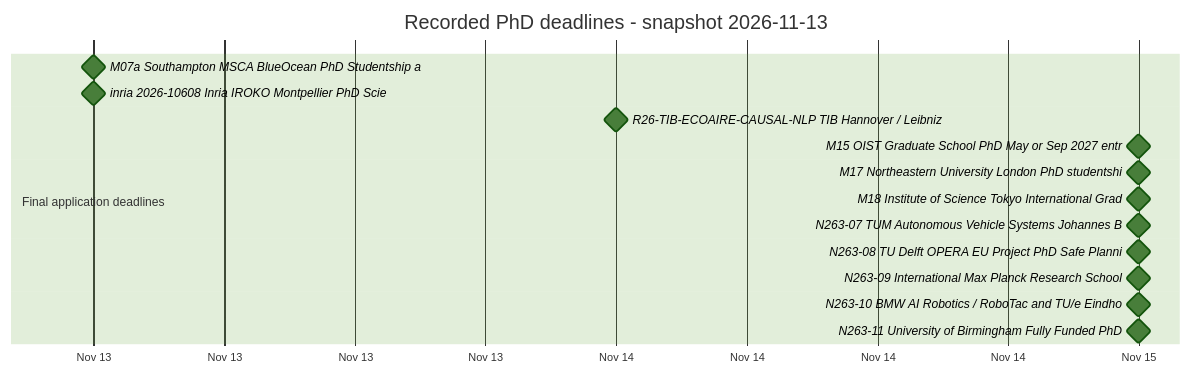
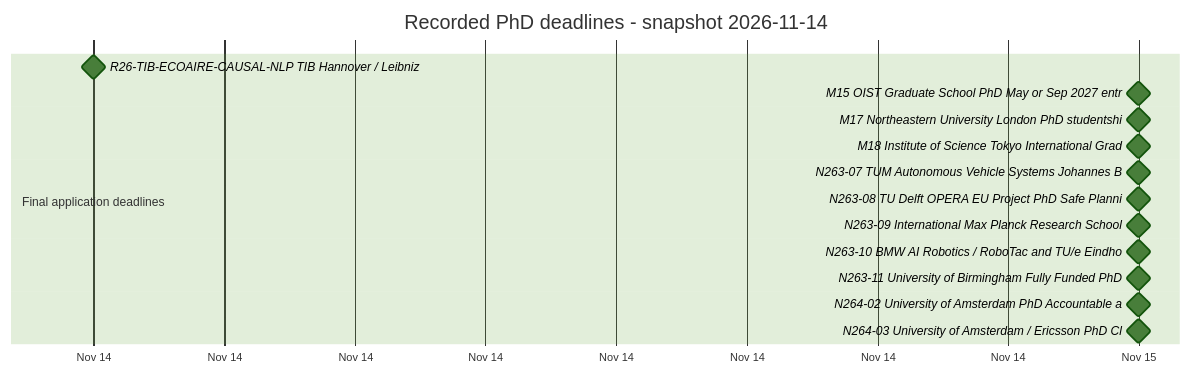
The diagram in docs/diagrams/deadlines.mmd (Armanasq/phd_tracker), drawn with Mermaid (forest theme) before and after one commit. The commit also changed 39 other files, not shown here.

Commit message:
Reconcile funded PhD research from independent verified sources

```diff
--- a/docs/diagrams/deadlines.mmd
+++ b/docs/diagrams/deadlines.mmd
@@ -1,16 +1,16 @@
 gantt
-    title Recorded PhD deadlines - snapshot 2026-11-13
+    title Recorded PhD deadlines - snapshot 2026-11-14
     dateFormat YYYY-MM-DD
     axisFormat %b %d
     section Final application deadlines
-    M07a Southampton MSCA BlueOcean PhD Studentship a :milestone, d0, 2026-11-13, 0d
-    inria 2026-10608 Inria IROKO Montpellier PhD Scie :milestone, d1, 2026-11-13, 0d
-    R26-TIB-ECOAIRE-CAUSAL-NLP TIB Hannover / Leibniz :milestone, d2, 2026-11-14, 0d
-    M15 OIST Graduate School PhD May or Sep 2027 entr :milestone, d3, 2026-11-15, 0d
-    M17 Northeastern University London PhD studentshi :milestone, d4, 2026-11-15, 0d
-    M18 Institute of Science Tokyo International Grad :milestone, d5, 2026-11-15, 0d
-    N263-07 TUM Autonomous Vehicle Systems Johannes B :milestone, d6, 2026-11-15, 0d
-    N263-08 TU Delft OPERA EU Project PhD Safe Planni :milestone, d7, 2026-11-15, 0d
-    N263-09 International Max Planck Research School  :milestone, d8, 2026-11-15, 0d
-    N263-10 BMW AI Robotics / RoboTac and TU/e Eindho :milestone, d9, 2026-11-15, 0d
-    N263-11 University of Birmingham Fully Funded PhD :milestone, d10, 2026-11-15, 0d
+    R26-TIB-ECOAIRE-CAUSAL-NLP TIB Hannover / Leibniz :milestone, d0, 2026-11-14, 0d
+    M15 OIST Graduate School PhD May or Sep 2027 entr :milestone, d1, 2026-11-15, 0d
+    M17 Northeastern University London PhD studentshi :milestone, d2, 2026-11-15, 0d
+    M18 Institute of Science Tokyo International Grad :milestone, d3, 2026-11-15, 0d
+    N263-07 TUM Autonomous Vehicle Systems Johannes B :milestone, d4, 2026-11-15, 0d
+    N263-08 TU Delft OPERA EU Project PhD Safe Planni :milestone, d5, 2026-11-15, 0d
+    N263-09 International Max Planck Research School  :milestone, d6, 2026-11-15, 0d
+    N263-10 BMW AI Robotics / RoboTac and TU/e Eindho :milestone, d7, 2026-11-15, 0d
+    N263-11 University of Birmingham Fully Funded PhD :milestone, d8, 2026-11-15, 0d
+    N264-02 University of Amsterdam PhD Accountable a :milestone, d9, 2026-11-15, 0d
+    N264-03 University of Amsterdam / Ericsson PhD Cl :milestone, d10, 2026-11-15, 0d
```
